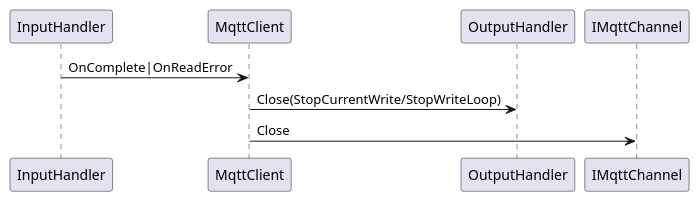
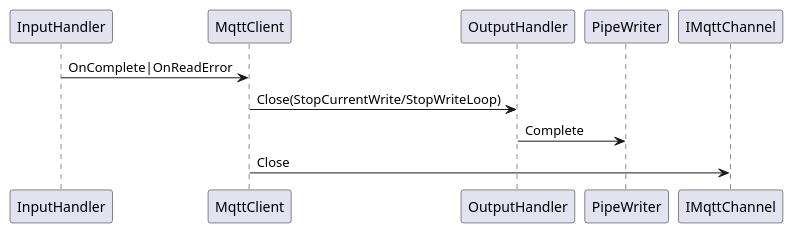
Before and after one commit to signature-opensource/CK-MQTT: the diagram in Doc/LifecycleProcess/OnReadCompelte.puml, drawn with PlantUML. The commit also changed 5 other files, not shown here.

```diff
--- a/Doc/LifecycleProcess/OnReadCompelte.puml
+++ b/Doc/LifecycleProcess/OnReadCompelte.puml
@@ -1,5 +1,6 @@
 @startuml OnReadComplete
 InputHandler -> MqttClient : OnComplete|OnReadError
 MqttClient -> OutputHandler : Close(StopCurrentWrite/StopWriteLoop)
+OutputHandler -> PipeWriter : Complete
 MqttClient -> IMqttChannel : Close
 @enduml
```
